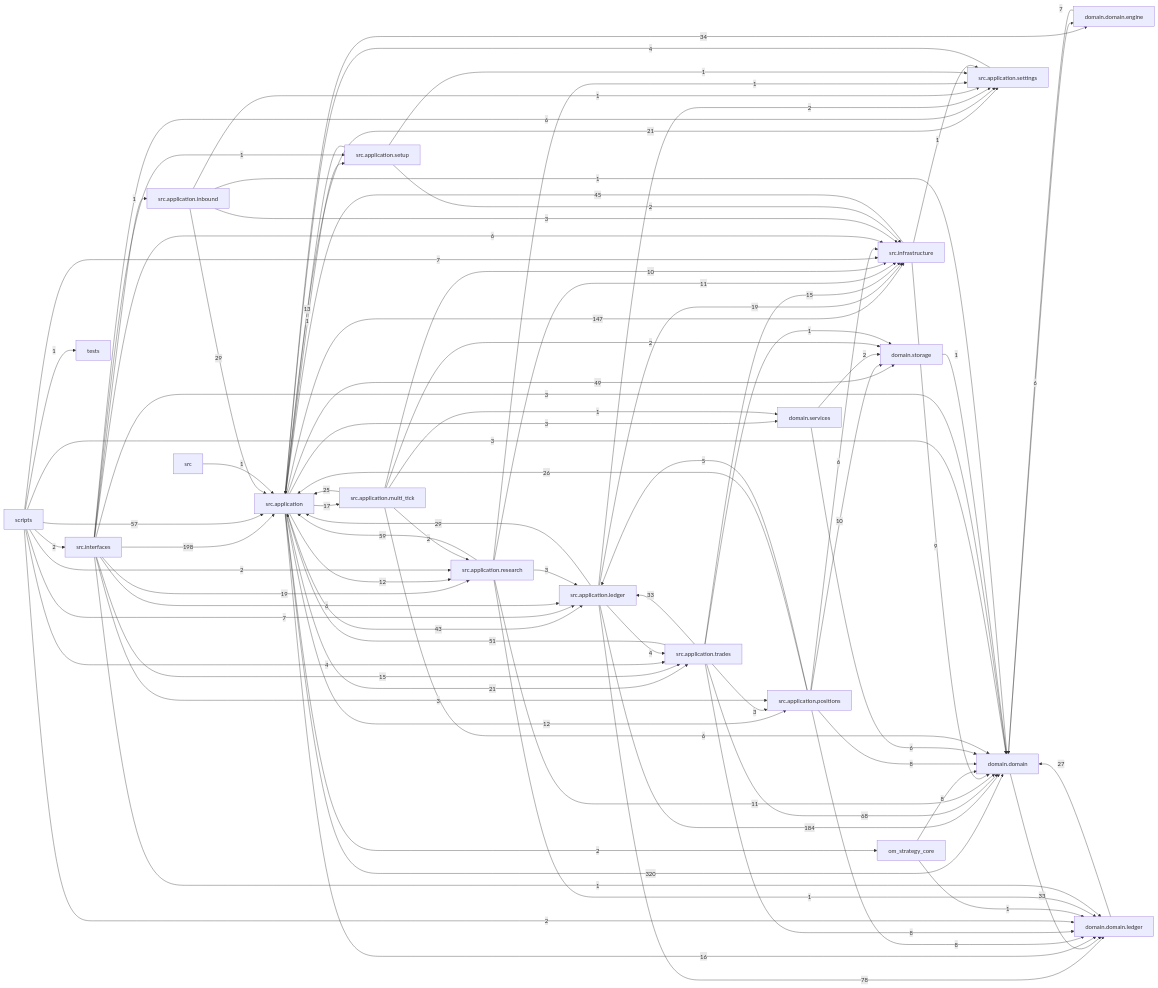
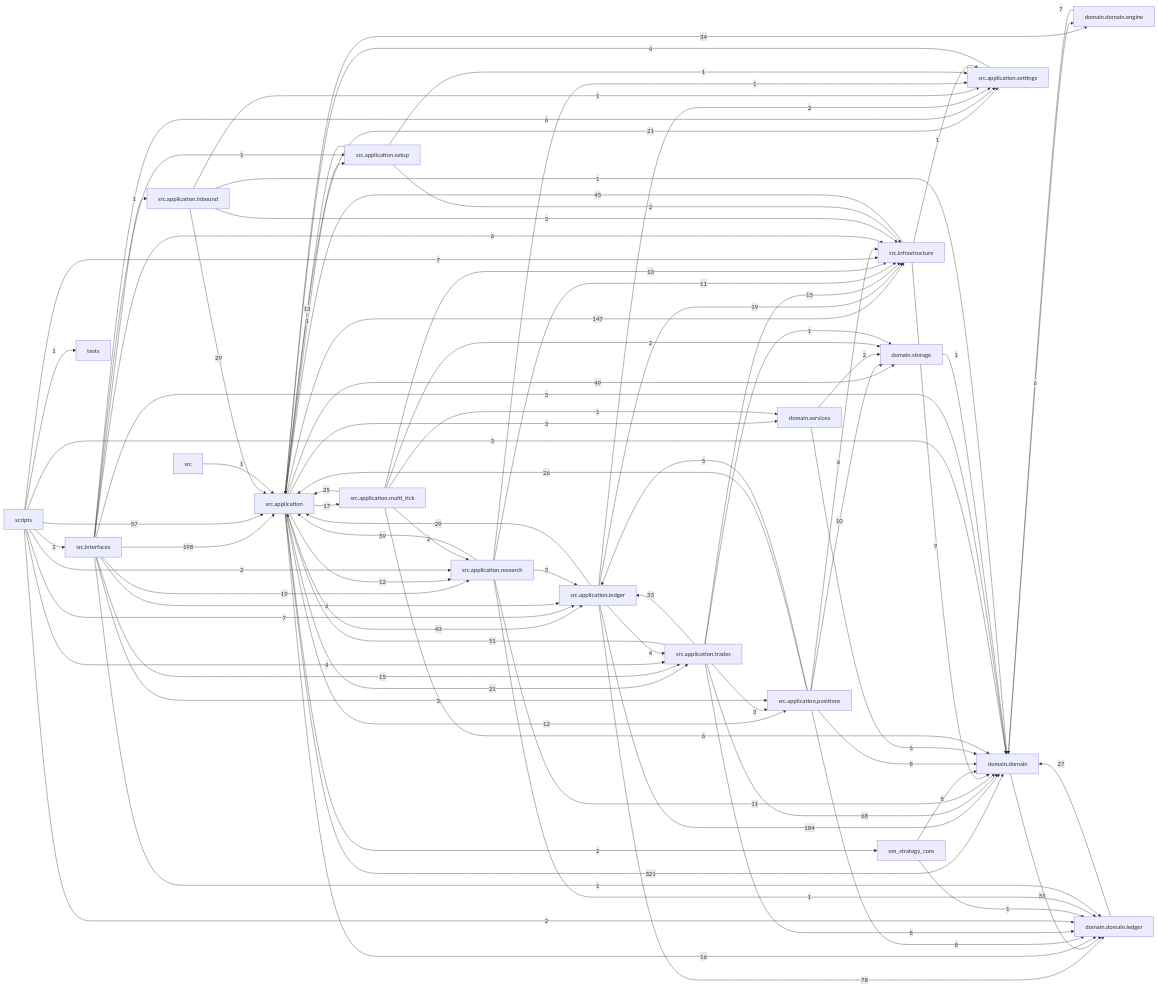
One commit to liuxie066/options-monitor changed the diagram in docs/dependency_graph.mmd. Above: the diagram before and after it, drawn with Mermaid. The commit also changed 11 other files, not shown here.

```diff
--- a/docs/dependency_graph.mmd
+++ b/docs/dependency_graph.mmd
@@ -1,87 +1,87 @@
 flowchart LR
-  src_application["src.application"] -->|320| domain_domain["domain.domain"]
+  src_application["src.application"] -->|321| domain_domain["domain.domain"]
   src_interfaces["src.interfaces"] -->|198| src_application["src.application"]
   src_application_ledger["src.application.ledger"] -->|184| domain_domain["domain.domain"]
   src_application["src.application"] -->|147| src_infrastructure["src.infrastructure"]
   src_application_ledger["src.application.ledger"] -->|78| domain_domain_ledger["domain.domain.ledger"]
   src_application_trades["src.application.trades"] -->|68| domain_domain["domain.domain"]
   src_application_research["src.application.research"] -->|59| src_application["src.application"]
   scripts["scripts"] -->|57| src_application["src.application"]
   src_application_trades["src.application.trades"] -->|51| src_application["src.application"]
   src_application["src.application"] -->|49| domain_storage["domain.storage"]
   src_infrastructure["src.infrastructure"] -->|45| src_application["src.application"]
   src_application["src.application"] -->|43| src_application_ledger["src.application.ledger"]
   src_application["src.application"] -->|34| domain_domain_engine["domain.domain.engine"]
   domain_domain["domain.domain"] -->|33| domain_domain_ledger["domain.domain.ledger"]
   src_application_trades["src.application.trades"] -->|33| src_application_ledger["src.application.ledger"]
   src_application_inbound["src.application.inbound"] -->|29| src_application["src.application"]
   src_application_ledger["src.application.ledger"] -->|29| src_application["src.application"]
   domain_domain_ledger["domain.domain.ledger"] -->|27| domain_domain["domain.domain"]
   src_application_positions["src.application.positions"] -->|26| src_application["src.application"]
   src_application_multi_tick["src.application.multi_tick"] -->|25| src_application["src.application"]
   src_application["src.application"] -->|21| src_application_settings["src.application.settings"]
   src_application["src.application"] -->|21| src_application_trades["src.application.trades"]
   src_application_ledger["src.application.ledger"] -->|19| src_infrastructure["src.infrastructure"]
   src_interfaces["src.interfaces"] -->|19| src_application_research["src.application.research"]
   src_application["src.application"] -->|17| src_application_multi_tick["src.application.multi_tick"]
   src_application["src.application"] -->|16| domain_domain_ledger["domain.domain.ledger"]
   src_application_trades["src.application.trades"] -->|15| src_infrastructure["src.infrastructure"]
   src_interfaces["src.interfaces"] -->|15| src_application_trades["src.application.trades"]
   src_application_setup["src.application.setup"] -->|13| src_application["src.application"]
   src_application["src.application"] -->|12| src_application_positions["src.application.positions"]
   src_application["src.application"] -->|12| src_application_research["src.application.research"]
   src_application_research["src.application.research"] -->|11| domain_domain["domain.domain"]
   src_application_research["src.application.research"] -->|11| src_infrastructure["src.infrastructure"]
   src_application_multi_tick["src.application.multi_tick"] -->|10| src_infrastructure["src.infrastructure"]
   src_application_positions["src.application.positions"] -->|10| domain_storage["domain.storage"]
   src_infrastructure["src.infrastructure"] -->|9| domain_domain["domain.domain"]
   om_strategy_core["om_strategy_core"] -->|8| domain_domain["domain.domain"]
   src_application_positions["src.application.positions"] -->|8| domain_domain["domain.domain"]
   src_application_positions["src.application.positions"] -->|8| domain_domain_ledger["domain.domain.ledger"]
   src_application_trades["src.application.trades"] -->|8| domain_domain_ledger["domain.domain.ledger"]
   domain_domain_engine["domain.domain.engine"] -->|7| domain_domain["domain.domain"]
   scripts["scripts"] -->|7| src_application_ledger["src.application.ledger"]
   scripts["scripts"] -->|7| src_infrastructure["src.infrastructure"]
   domain_domain["domain.domain"] -->|6| domain_domain_engine["domain.domain.engine"]
   domain_services["domain.services"] -->|6| domain_domain["domain.domain"]
   src_application_multi_tick["src.application.multi_tick"] -->|6| domain_domain["domain.domain"]
   src_application_positions["src.application.positions"] -->|6| src_infrastructure["src.infrastructure"]
   src_interfaces["src.interfaces"] -->|6| src_application_ledger["src.application.ledger"]
   src_interfaces["src.interfaces"] -->|6| src_application_settings["src.application.settings"]
   src_interfaces["src.interfaces"] -->|6| src_infrastructure["src.infrastructure"]
   src_application_positions["src.application.positions"] -->|5| src_application_ledger["src.application.ledger"]
   scripts["scripts"] -->|4| src_application_trades["src.application.trades"]
   src_application_ledger["src.application.ledger"] -->|4| src_application_trades["src.application.trades"]
   src_application_settings["src.application.settings"] -->|4| src_application["src.application"]
   scripts["scripts"] -->|3| domain_domain["domain.domain"]
   src_application["src.application"] -->|3| domain_services["domain.services"]
   src_application_inbound["src.application.inbound"] -->|3| src_infrastructure["src.infrastructure"]
   src_application_research["src.application.research"] -->|3| src_application_ledger["src.application.ledger"]
   src_application_trades["src.application.trades"] -->|3| src_application_positions["src.application.positions"]
   src_interfaces["src.interfaces"] -->|3| domain_domain["domain.domain"]
   src_interfaces["src.interfaces"] -->|3| src_application_positions["src.application.positions"]
   domain_services["domain.services"] -->|2| domain_storage["domain.storage"]
   scripts["scripts"] -->|2| domain_domain_ledger["domain.domain.ledger"]
   scripts["scripts"] -->|2| src_application_research["src.application.research"]
   scripts["scripts"] -->|2| src_interfaces["src.interfaces"]
   src_application["src.application"] -->|2| om_strategy_core["om_strategy_core"]
   src_application_ledger["src.application.ledger"] -->|2| src_application_settings["src.application.settings"]
   src_application_multi_tick["src.application.multi_tick"] -->|2| domain_storage["domain.storage"]
   src_application_multi_tick["src.application.multi_tick"] -->|2| src_application_research["src.application.research"]
   src_application_setup["src.application.setup"] -->|2| src_infrastructure["src.infrastructure"]
   domain_storage["domain.storage"] -->|1| domain_domain["domain.domain"]
   om_strategy_core["om_strategy_core"] -->|1| domain_domain_ledger["domain.domain.ledger"]
   scripts["scripts"] -->|1| tests["tests"]
   src["src"] -->|1| src_application["src.application"]
   src_application["src.application"] -->|1| src_application_setup["src.application.setup"]
   src_application_inbound["src.application.inbound"] -->|1| domain_domain["domain.domain"]
   src_application_inbound["src.application.inbound"] -->|1| src_application_settings["src.application.settings"]
   src_application_multi_tick["src.application.multi_tick"] -->|1| domain_services["domain.services"]
   src_application_research["src.application.research"] -->|1| domain_domain_ledger["domain.domain.ledger"]
   src_application_research["src.application.research"] -->|1| src_application_settings["src.application.settings"]
   src_application_setup["src.application.setup"] -->|1| src_application_settings["src.application.settings"]
   src_application_trades["src.application.trades"] -->|1| domain_storage["domain.storage"]
   src_infrastructure["src.infrastructure"] -->|1| src_application_settings["src.application.settings"]
   src_interfaces["src.interfaces"] -->|1| domain_domain_ledger["domain.domain.ledger"]
   src_interfaces["src.interfaces"] -->|1| src_application_inbound["src.application.inbound"]
   src_interfaces["src.interfaces"] -->|1| src_application_setup["src.application.setup"]
```
